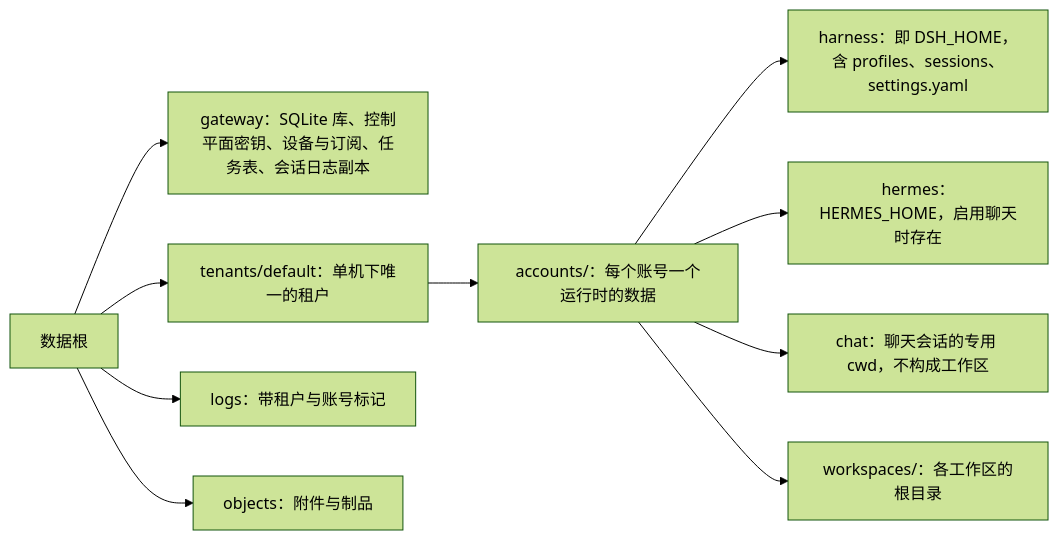
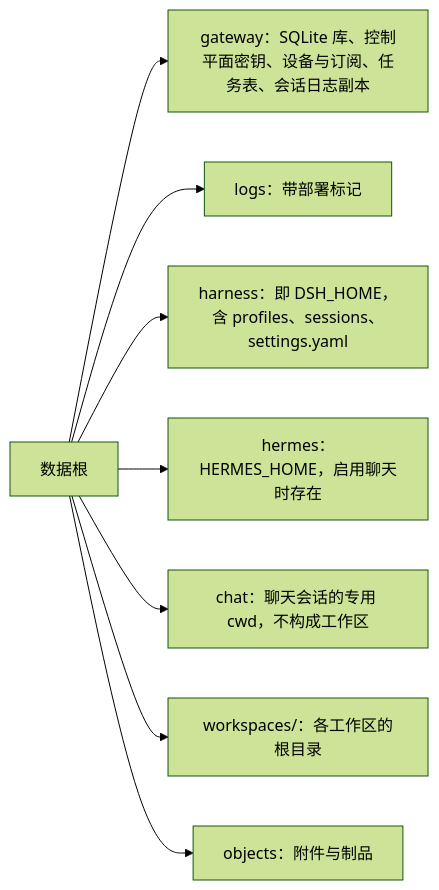
The first of 2 diagrams in runtime/docs/deployment.md (wenzetan/chatdsh), drawn with Mermaid (forest theme) before and after one commit. The commit also changed other lines of this file and 144 other files, not shown here.

````diff
--- a/runtime/docs/deployment.md
+++ b/runtime/docs/deployment.md
@@ -54,12 +54,10 @@
 ```mermaid
 flowchart LR
   R["数据根"] --> G["gateway：SQLite 库、控制平面密钥、设备与订阅、任务表、会话日志副本"]
-  R --> T["tenants/default：单机下唯一的租户"]
-  R --> L["logs：带租户与账号标记"]
-  T --> A["accounts/<accountId>：每个账号一个运行时的数据"]
-  A --> H["harness：即 DSH_HOME，含 profiles、sessions、settings.yaml"]
-  A --> M["hermes：HERMES_HOME，启用聊天时存在"]
-  A --> C["chat：聊天会话的专用 cwd，不构成工作区"]
-  A --> W["workspaces/<workspaceId>：各工作区的根目录"]
+  R --> L["logs：带部署标记"]
+  R --> H["harness：即 DSH_HOME，含 profiles、sessions、settings.yaml"]
+  R --> M["hermes：HERMES_HOME，启用聊天时存在"]
+  R --> C["chat：聊天会话的专用 cwd，不构成工作区"]
+  R --> W["workspaces/<workspaceId>：各工作区的根目录"]
   R --> O["objects：附件与制品"]
 ```
````
